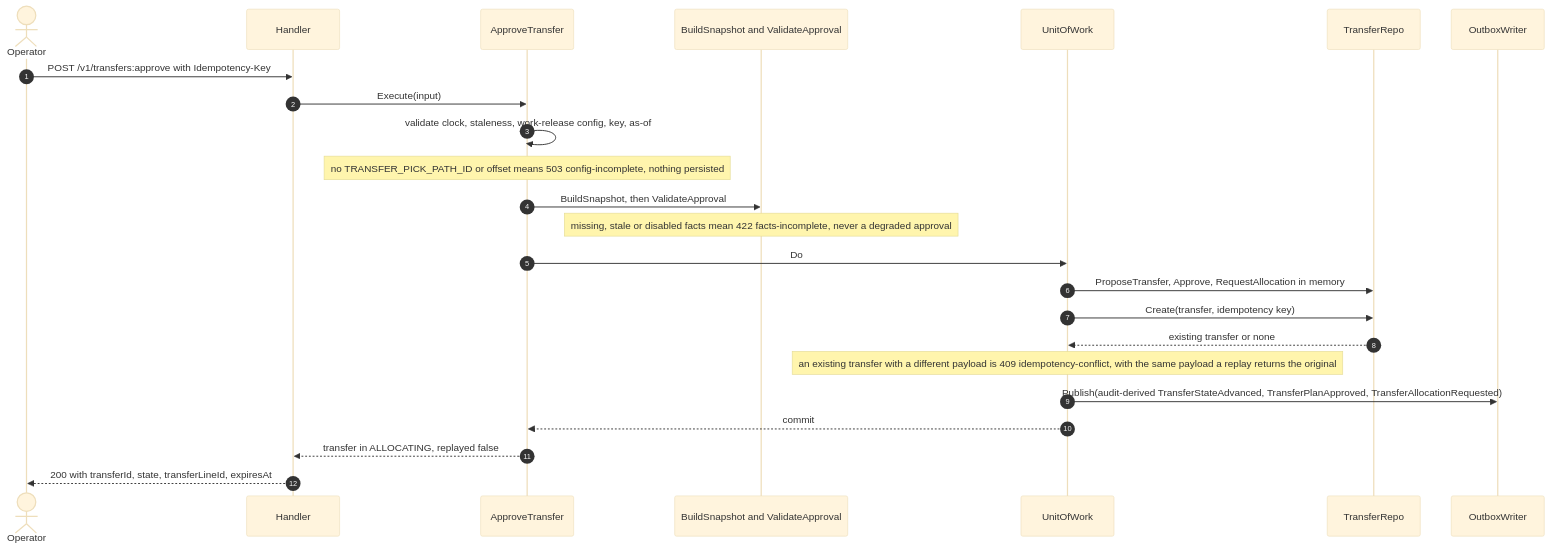
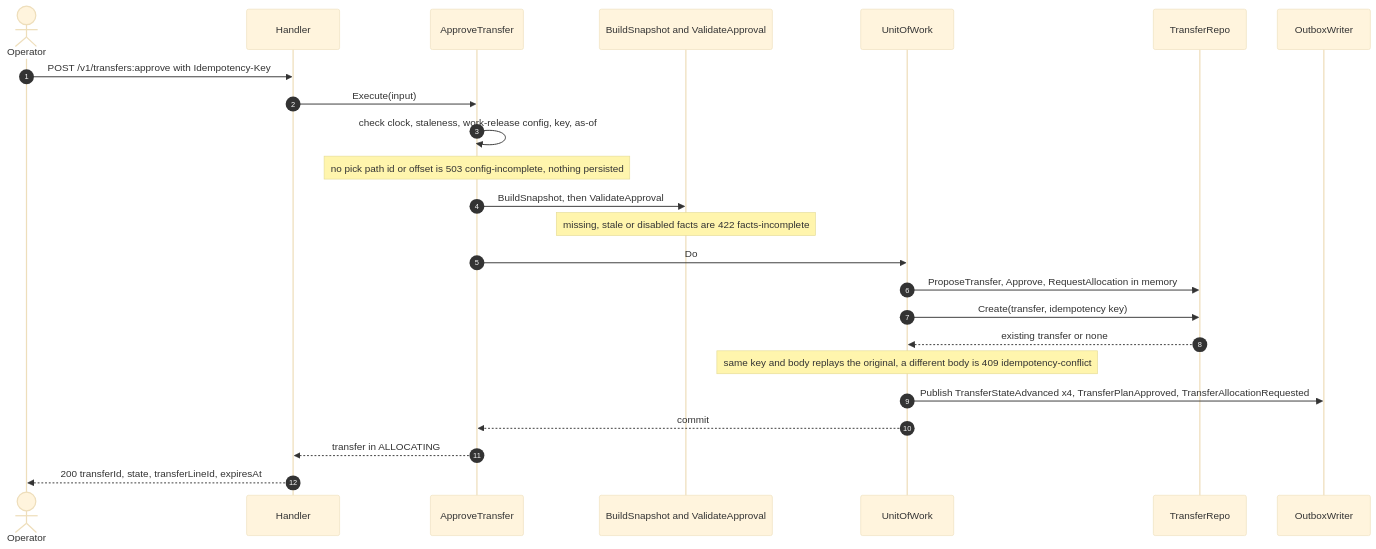
The third of 8 diagrams in docs/contexts/network-inventory-planning/sequence-diagrams.md (IQVO/warehouse-docs), drawn with Mermaid (base theme) before and after one commit. The commit also changed other lines of this file and 115 other files, not shown here.

````diff
--- a/docs/contexts/network-inventory-planning/sequence-diagrams.md
+++ b/docs/contexts/network-inventory-planning/sequence-diagrams.md
@@ -74,26 +74,26 @@
 ```mermaid
 sequenceDiagram
   autonumber
   actor Op as Operator
   participant H as Handler
   participant A as ApproveTransfer
   participant D as BuildSnapshot and ValidateApproval
   participant U as UnitOfWork
   participant T as TransferRepo
   participant O as OutboxWriter
   Op->>H: POST /v1/transfers:approve with Idempotency-Key
   H->>A: Execute(input)
-  A->>A: validate clock, staleness, work-release config, key, as-of
-  Note over A: no TRANSFER_PICK_PATH_ID or offset means 503 config-incomplete, nothing persisted
+  A->>A: check clock, staleness, work-release config, key, as-of
+  Note over A: no pick path id or offset is 503 config-incomplete, nothing persisted
   A->>D: BuildSnapshot, then ValidateApproval
-  Note over D: missing, stale or disabled facts mean 422 facts-incomplete, never a degraded approval
+  Note over D: missing, stale or disabled facts are 422 facts-incomplete
   A->>U: Do
   U->>T: ProposeTransfer, Approve, RequestAllocation in memory
   U->>T: Create(transfer, idempotency key)
   T-->>U: existing transfer or none
-  Note over U: an existing transfer with a different payload is 409 idempotency-conflict, with the same payload a replay returns the original
-  U->>O: Publish(audit-derived TransferStateAdvanced, TransferPlanApproved, TransferAllocationRequested)
+  Note over U: same key and body replays the original, a different body is 409 idempotency-conflict
+  U->>O: Publish TransferStateAdvanced x4, TransferPlanApproved, TransferAllocationRequested
   U-->>A: commit
-  A-->>H: transfer in ALLOCATING, replayed false
-  H-->>Op: 200 with transferId, state, transferLineId, expiresAt
+  A-->>H: transfer in ALLOCATING
+  H-->>Op: 200 transferId, state, transferLineId, expiresAt
 ```
````
